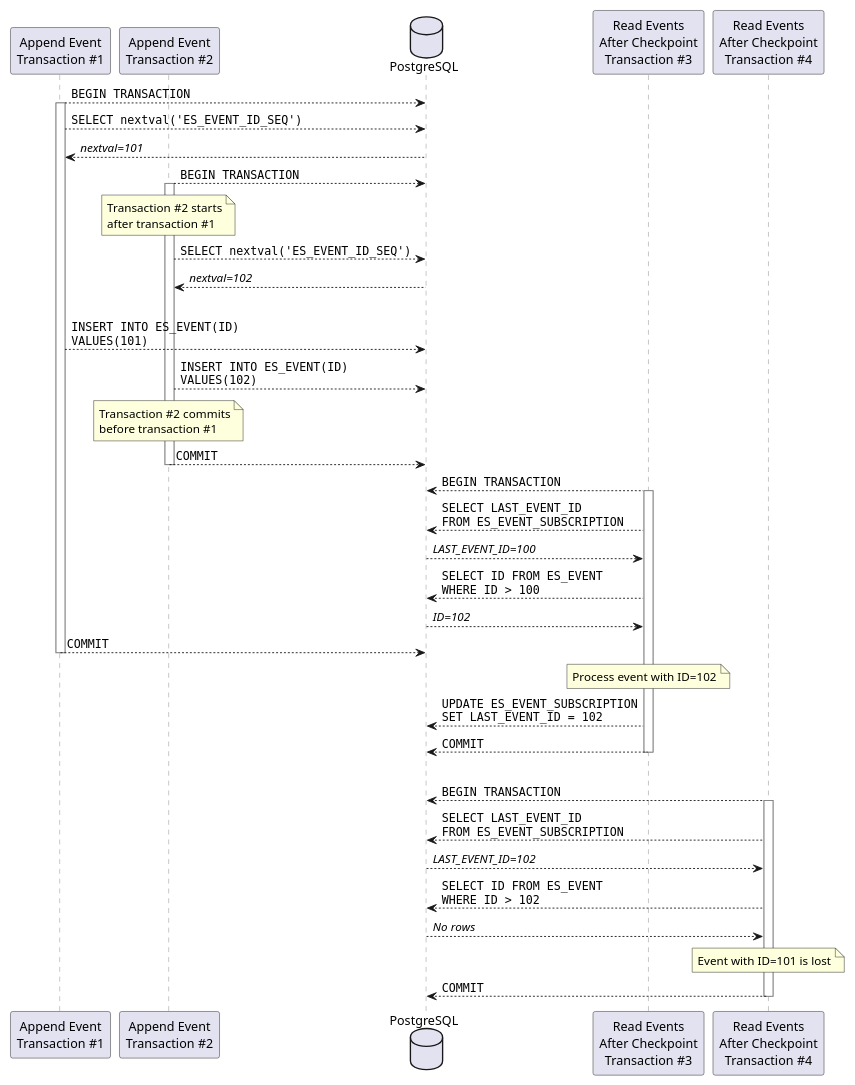
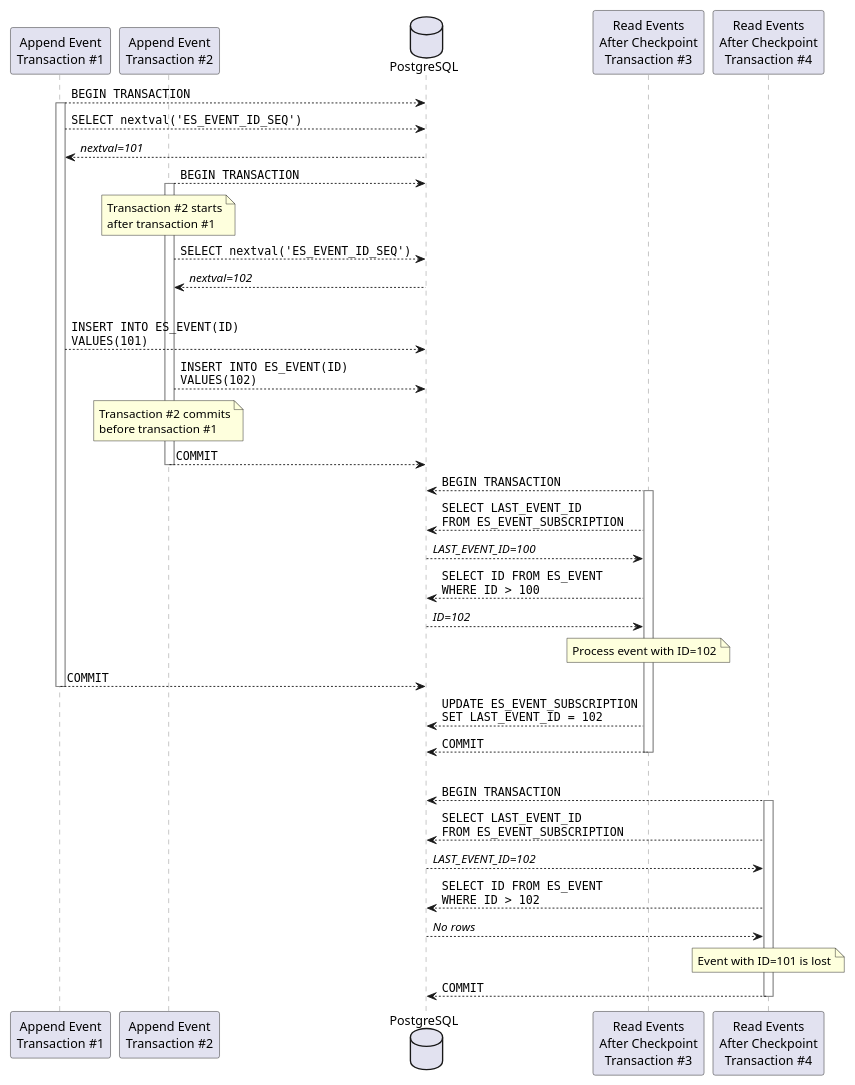
Before and after one commit to codehunter-dev-281/postgresql-event-sourcing: the diagram in img/plantuml/postgresql-naive-outbox.puml, drawn with PlantUML. The commit also changed other lines of this file and 3 other files, not shown here.

Commit message:
Update diagrams

```diff
--- a/img/plantuml/postgresql-naive-outbox.puml
+++ b/img/plantuml/postgresql-naive-outbox.puml
@@ -1,55 +1,55 @@
 @startuml
 
 scale max 1024 width
 scale max 1100 height
 
 skinparam sequence {
   LifeLineBorderColor Grey
 '  LifeLineBackgroundColor LightGrey
 }
 
 participant "Append Event\nTransaction #1" as tx1
 participant "Append Event\nTransaction #2" as tx2
 database "PostgreSQL" as db
 participant "Read Events\nAfter Checkpoint\nTransaction #3" as tx3
 participant "Read Events\nAfter Checkpoint\nTransaction #4" as tx4
 
 tx1 --> db: ""BEGIN TRANSACTION""
 activate tx1
 tx1 --> db: ""SELECT nextval('ES_EVENT_ID_SEQ')""
 db --> tx1: //nextval=101//
 tx2 --> db: ""BEGIN TRANSACTION""
 activate tx2
 note over tx2: Transaction #2 starts\nafter transaction #1
 tx2 --> db: ""SELECT nextval('ES_EVENT_ID_SEQ')""
 db --> tx2: //nextval=102//
 |||
 tx1 --> db: ""INSERT INTO ES_EVENT(ID)""\n""VALUES(101)""
 tx2 --> db: ""INSERT INTO ES_EVENT(ID)""\n""VALUES(102)""
 note over tx2: Transaction #2 commits\nbefore transaction #1
 tx2 --> db: ""COMMIT""
 deactivate tx2
 tx3 --> db: ""BEGIN TRANSACTION""
 activate tx3
 tx3 --> db: ""SELECT LAST_EVENT_ID""\n""FROM ES_EVENT_SUBSCRIPTION""
 db --> tx3: //LAST_EVENT_ID=100//
 tx3 --> db: ""SELECT ID FROM ES_EVENT""\n""WHERE ID > 100""
 db --> tx3: //ID=102//
+note over tx3: Process event with ID=102
 tx1 --> db: ""COMMIT""
-note over tx3: Process event with ID=102
 deactivate tx1
 tx3 --> db: ""UPDATE ES_EVENT_SUBSCRIPTION""\n""SET LAST_EVENT_ID = 102""
 tx3 --> db: ""COMMIT""
 deactivate tx3
 |||
 tx4 --> db: ""BEGIN TRANSACTION""
 activate tx4
 tx4 --> db: ""SELECT LAST_EVENT_ID""\n""FROM ES_EVENT_SUBSCRIPTION""
 db --> tx4: //LAST_EVENT_ID=102//
 tx4 --> db: ""SELECT ID FROM ES_EVENT""\n""WHERE ID > 102""
 db --> tx4: //No rows//
 note over tx4: Event with ID=101 is lost
 tx4 --> db: ""COMMIT""
 deactivate tx4
 
 @enduml
```
